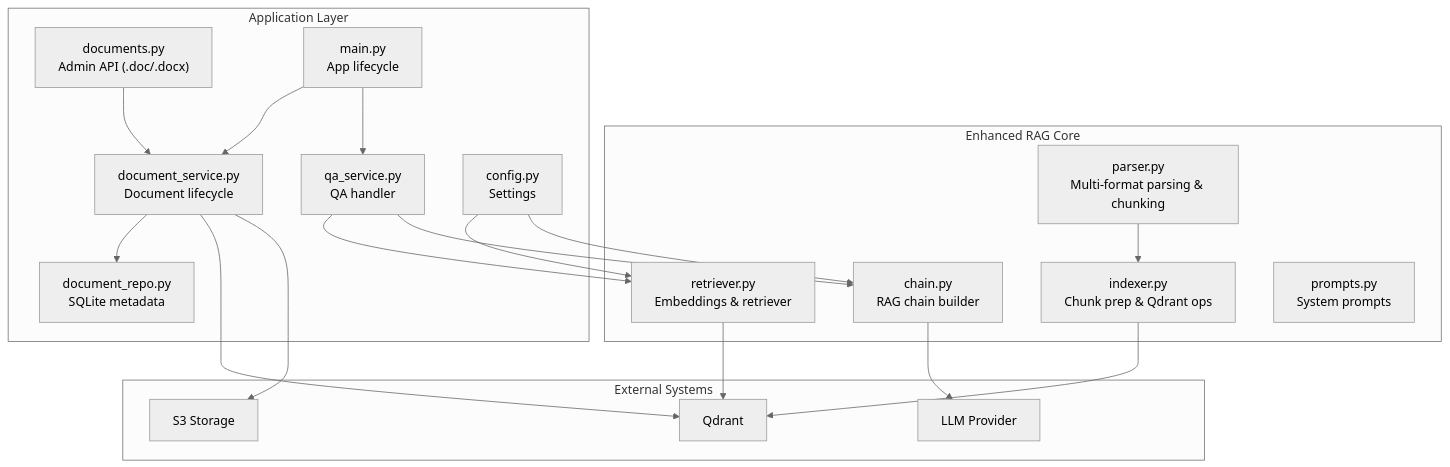
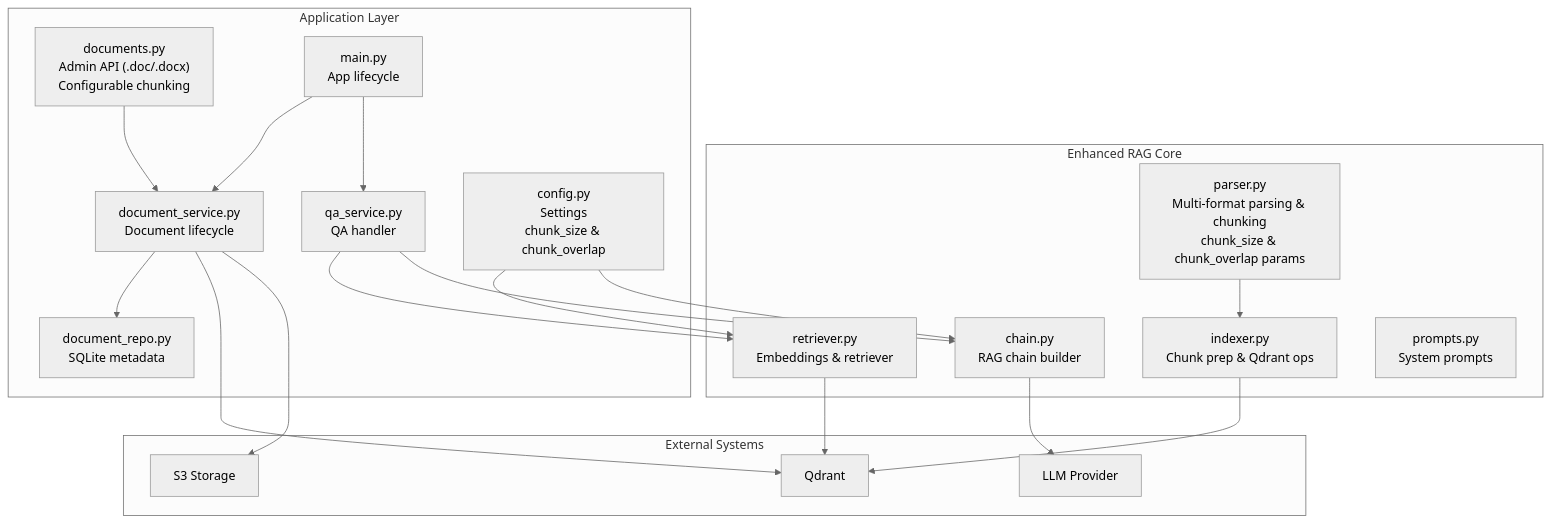
The first of 13 diagrams in .qoder/repowiki/en/content/RAG Integration/RAG Parser Enhancement.md (ognelis/cafetera_hr_bot), drawn with Mermaid (neutral theme) before and after one commit. The commit also changed other lines of this file and 16 other files, not shown here.

````diff
--- a/.qoder/repowiki/en/content/RAG Integration/RAG Parser Enhancement.md
+++ b/.qoder/repowiki/en/content/RAG Integration/RAG Parser Enhancement.md
@@ -56,37 +59,37 @@
 ```mermaid
 graph TB
 subgraph "Enhanced RAG Core"
-P["parser.py<br/>Multi-format parsing & chunking"]
+P["parser.py<br/>Multi-format parsing & chunking<br/>chunk_size & chunk_overlap params"]
 I["indexer.py<br/>Chunk prep & Qdrant ops"]
 R["retriever.py<br/>Embeddings & retriever"]
 C["chain.py<br/>RAG chain builder"]
 PR["prompts.py<br/>System prompts"]
 end
 subgraph "Application Layer"
 DS["document_service.py<br/>Document lifecycle"]
 DR["document_repo.py<br/>SQLite metadata"]
-API["documents.py<br/>Admin API (.doc/.docx)"]
+API["documents.py<br/>Admin API (.doc/.docx)<br/>Configurable chunking"]
 QA["qa_service.py<br/>QA handler"]
-CFG["config.py<br/>Settings"]
+CFG["config.py<br/>Settings<br/>chunk_size & chunk_overlap"]
 MAIN["main.py<br/>App lifecycle"]
 end
 subgraph "External Systems"
 QD["Qdrant"]
 S3["S3 Storage"]
 LLM["LLM Provider"]
 end
 P --> I
 I --> QD
 R --> QD
 C --> LLM
 API --> DS
 DS --> DR
 DS --> QD
 DS --> S3
 QA --> R
 QA --> C
 MAIN --> DS
 MAIN --> QA
 CFG --> R
 CFG --> C
 ```
````
